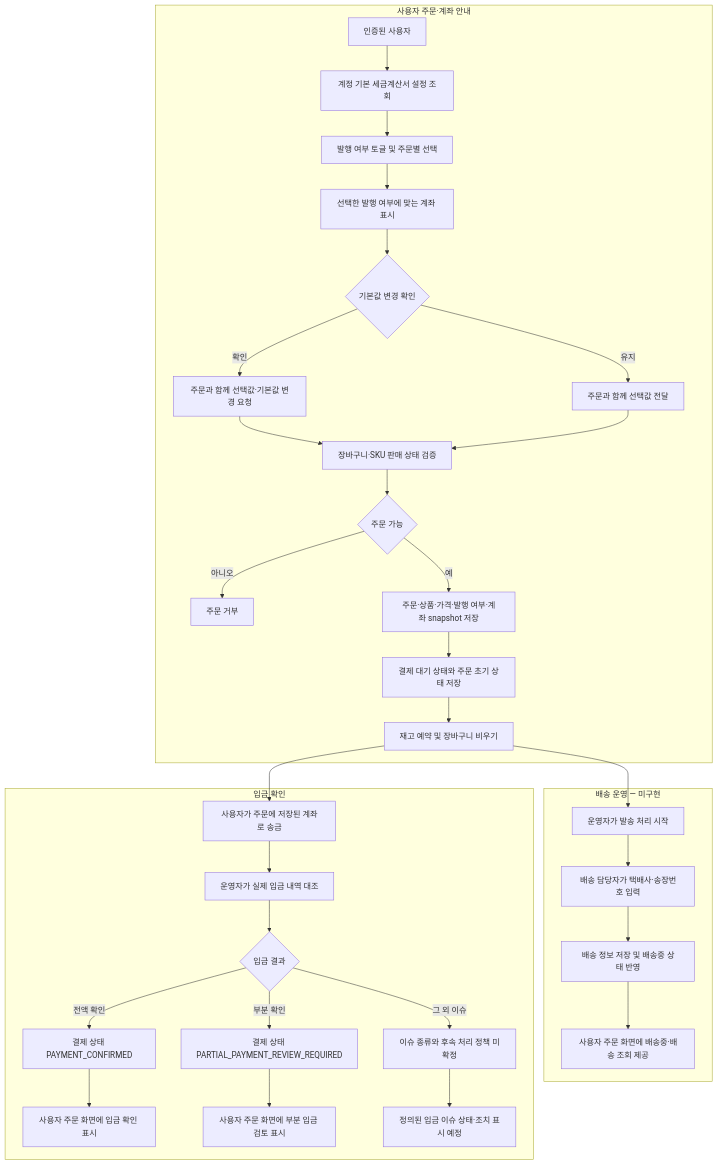
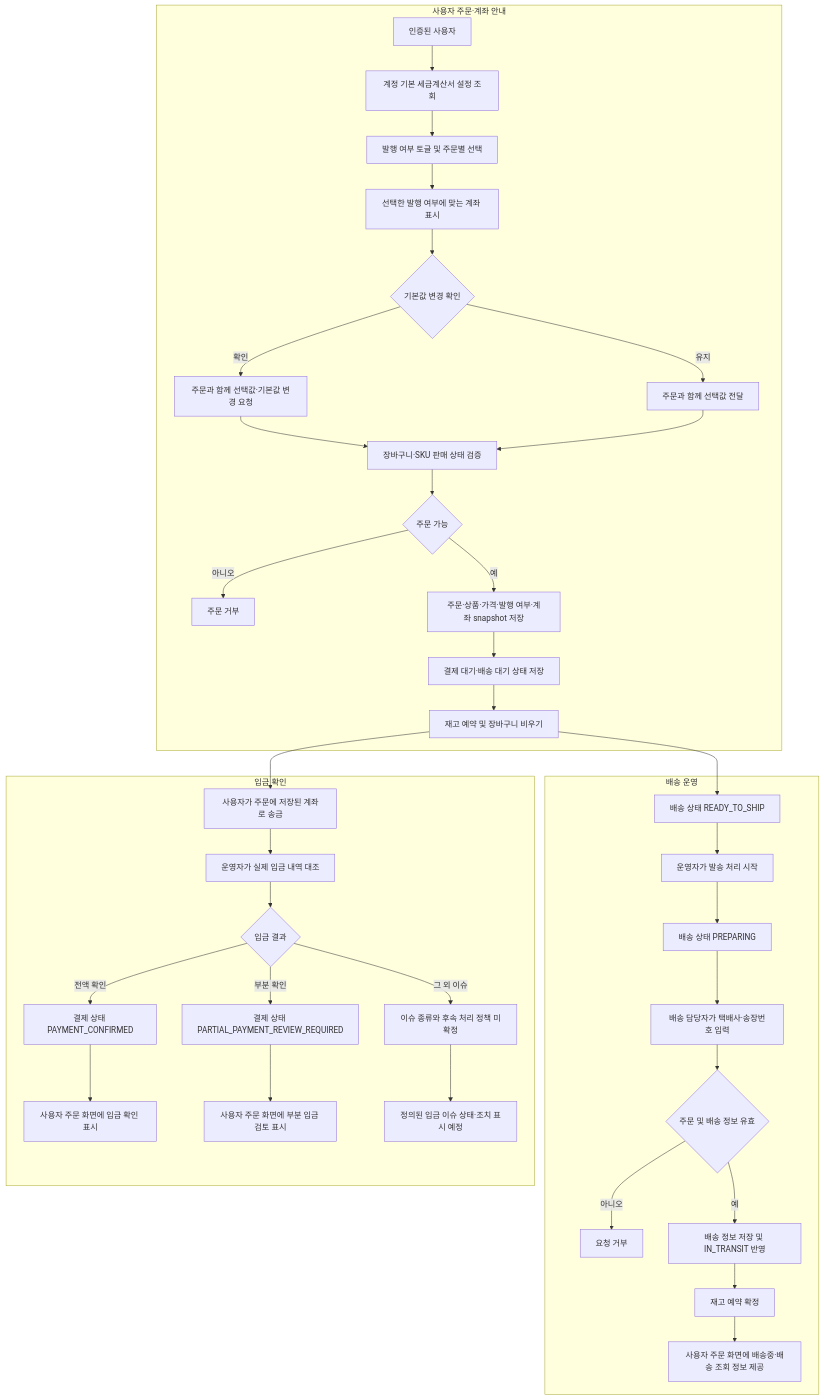
One commit to DongHyeonEom/umji-market-api changed the first of 2 diagrams in docs/services/order.md. Above: the diagram before and after it, drawn with Mermaid. The commit also changed other lines of this file and 35 other files, not shown here.

Commit message:
feat: separate order shipping from payment

````diff
--- a/docs/services/order.md
+++ b/docs/services/order.md
@@ -10,37 +11,42 @@
 ```mermaid
 flowchart TD
     subgraph CHECKOUT[사용자 주문·계좌 안내]
         A[인증된 사용자] --> B[계정 기본 세금계산서 설정 조회]
         B --> C[발행 여부 토글 및 주문별 선택]
         C --> D[선택한 발행 여부에 맞는 계좌 표시]
         D --> E{기본값 변경 확인}
         E -- 확인 --> F[주문과 함께 선택값·기본값 변경 요청]
         E -- 유지 --> G[주문과 함께 선택값 전달]
         F --> H[장바구니·SKU 판매 상태 검증]
         G --> H
         H --> I{주문 가능}
         I -- 아니오 --> J[주문 거부]
         I -- 예 --> K[주문·상품·가격·발행 여부·계좌 snapshot 저장]
-        K --> L[결제 대기 상태와 주문 초기 상태 저장]
+        K --> L[결제 대기·배송 대기 상태 저장]
         L --> M[재고 예약 및 장바구니 비우기]
     end
 
-    subgraph SHIPPING[배송 운영 — 미구현]
-        M --> N[운영자가 발송 처리 시작]
-        N --> O[배송 담당자가 택배사·송장번호 입력]
-        O --> P[배송 정보 저장 및 배송중 상태 반영]
-        P --> Q[사용자 주문 화면에 배송중·배송 조회 제공]
+    subgraph SHIPPING[배송 운영]
+        M --> N[배송 상태 READY_TO_SHIP]
+        N --> O[운영자가 발송 처리 시작]
+        O --> P[배송 상태 PREPARING]
+        P --> Q[배송 담당자가 택배사·송장번호 입력]
+        Q --> R{주문 및 배송 정보 유효}
+        R -- 아니오 --> ERR[요청 거부]
+        R -- 예 --> S[배송 정보 저장 및 IN_TRANSIT 반영]
+        S --> T[재고 예약 확정]
+        T --> U[사용자 주문 화면에 배송중·배송 조회 정보 제공]
     end
 
     subgraph PAYMENT[입금 확인]
-        M --> R[사용자가 주문에 저장된 계좌로 송금]
-        R --> S[운영자가 실제 입금 내역 대조]
-        S --> T{입금 결과}
-        T -- 전액 확인 --> U[결제 상태 PAYMENT_CONFIRMED]
-        T -- 부분 확인 --> V[결제 상태 PARTIAL_PAYMENT_REVIEW_REQUIRED]
-        T -- 그 외 이슈 --> W[이슈 종류와 후속 처리 정책 미확정]
-        U --> X[사용자 주문 화면에 입금 확인 표시]
-        V --> Y[사용자 주문 화면에 부분 입금 검토 표시]
-        W --> Z[정의된 입금 이슈 상태·조치 표시 예정]
+        M --> PAY1[사용자가 주문에 저장된 계좌로 송금]
+        PAY1 --> PAY2[운영자가 실제 입금 내역 대조]
+        PAY2 --> PAY3{입금 결과}
+        PAY3 -- 전액 확인 --> PAY4[결제 상태 PAYMENT_CONFIRMED]
+        PAY3 -- 부분 확인 --> PAY5[결제 상태 PARTIAL_PAYMENT_REVIEW_REQUIRED]
+        PAY3 -- 그 외 이슈 --> PAY6[이슈 종류와 후속 처리 정책 미확정]
+        PAY4 --> PAY7[사용자 주문 화면에 입금 확인 표시]
+        PAY5 --> PAY8[사용자 주문 화면에 부분 입금 검토 표시]
+        PAY6 --> PAY9[정의된 입금 이슈 상태·조치 표시 예정]
     end
 ```
````
